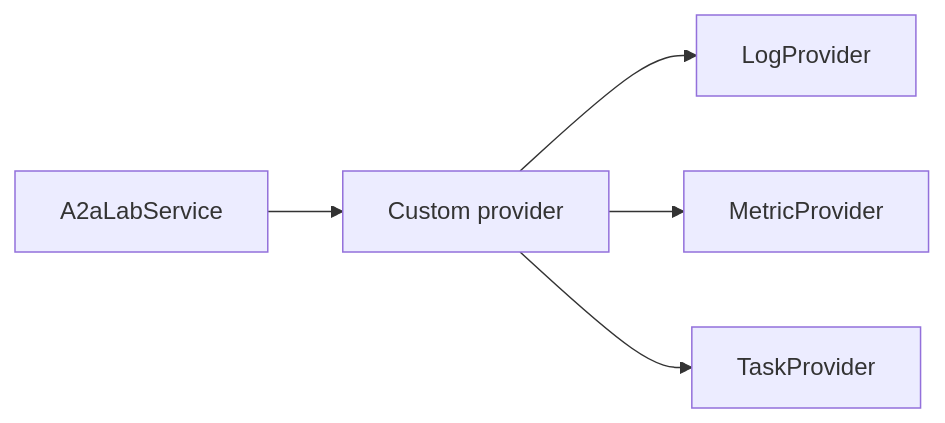
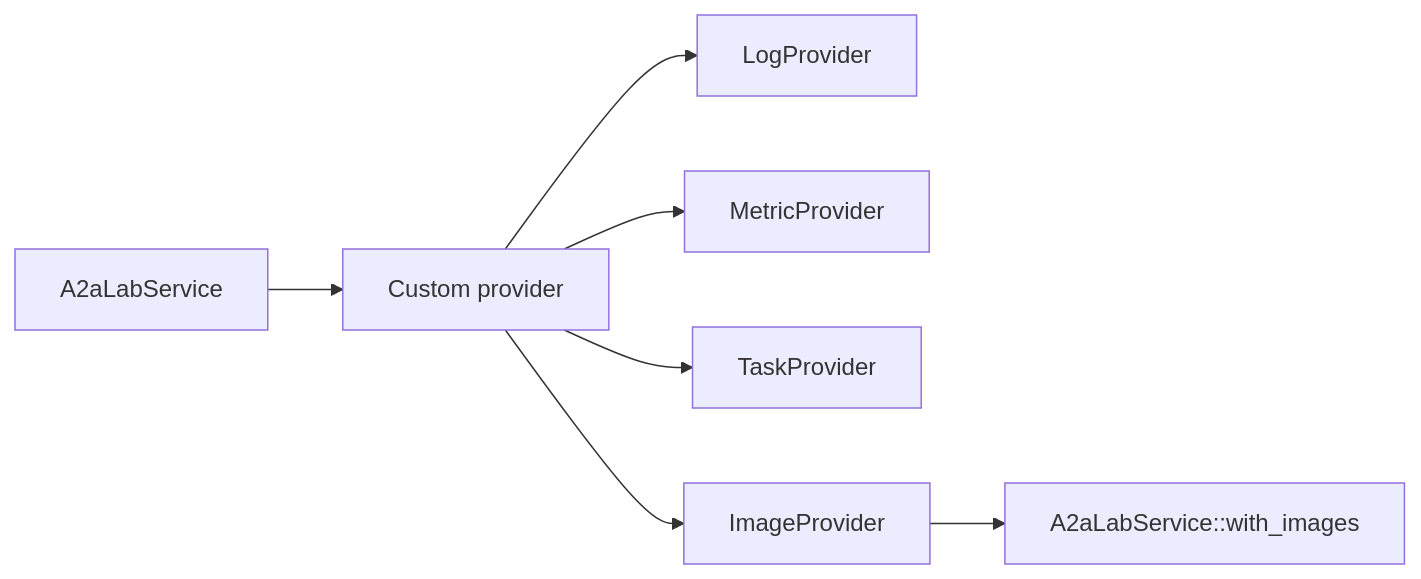
The first of 2 diagrams in backlog/docs/reference/custom/doc-20 - Custom.md (A3Analytics/a2a-lab-dev-kit-rs), drawn with Mermaid before and after one commit. The commit also changed other lines of this file and 54 other files, not shown here.

First line of the commit message:
Add image support to A2A-LAB devkit and update documentation

````diff
--- a/backlog/docs/reference/custom/doc-20 - Custom.md
+++ b/backlog/docs/reference/custom/doc-20 - Custom.md
@@ -19,9 +19,11 @@
 ```mermaid
 flowchart LR
   accTitle: A custom provider fulfills primitives
-  accDescr: A2aLabService uses a custom provider. The custom provider implements LogProvider, MetricProvider, or TaskProvider.
+  accDescr: A2aLabService uses a custom provider. The custom provider implements LogProvider, MetricProvider, TaskProvider, or ImageProvider. with_images accepts ImageProvider.
   lab["A2aLabService"] --> custom["Custom provider"]
   custom --> logs["LogProvider"]
   custom --> metrics["MetricProvider"]
   custom --> tasks["TaskProvider"]
+  custom --> images["ImageProvider"]
+  images --> attached["A2aLabService::with_images"]
 ```
````
